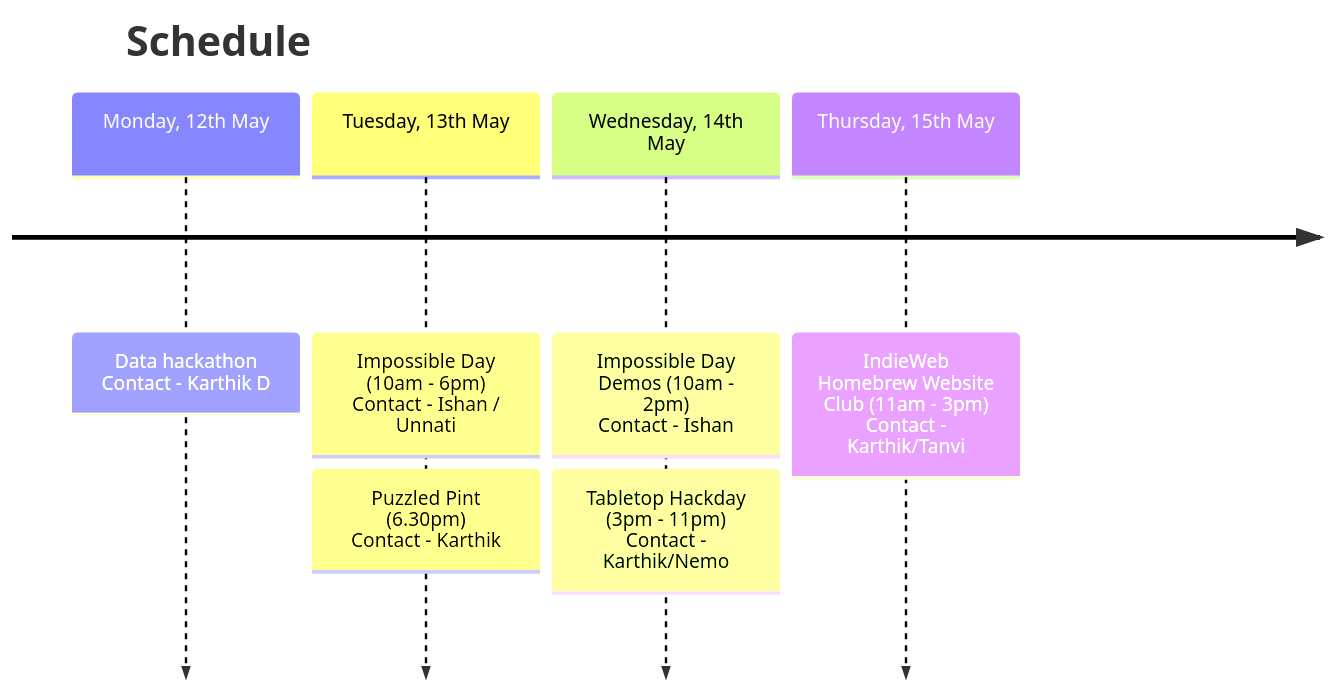
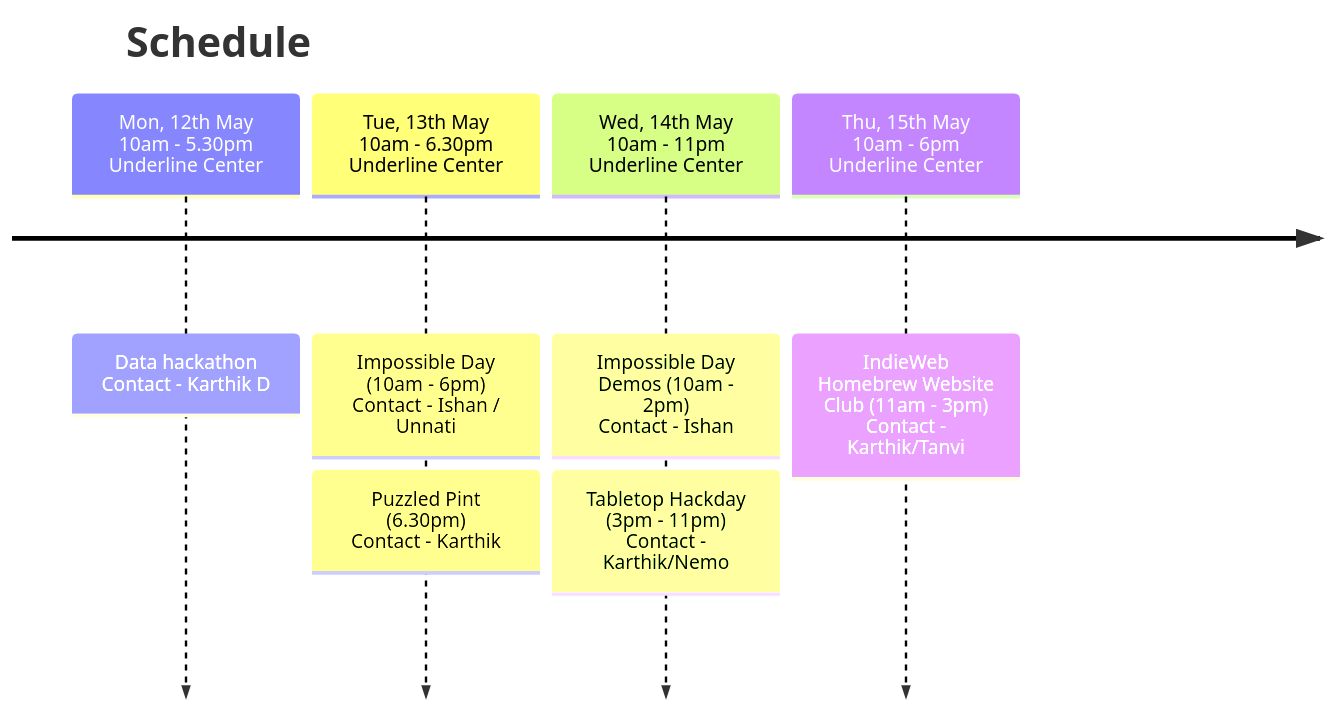
Before and after one commit to karthikb351/recurse-ngw-2025: the diagram in README.md, drawn with Mermaid.

````diff
--- a/README.md
+++ b/README.md
@@ -5,10 +5,10 @@
 ```mermaid
 timeline
     title Schedule
-    Monday, 12th May :  Data hackathon <br><br> Contact - Karthik D
-    Tuesday, 13th May : Impossible Day (10am - 6pm) <br><br> Contact - Ishan / Unnati
+    Mon, 12th May <br> 10am - 5.30pm <br> Underline Center :  Data hackathon <br><br> Contact - Karthik D
+    Tue, 13th May <br> 10am - 6.30pm <br> Underline Center : Impossible Day (10am - 6pm) <br><br> Contact - Ishan / Unnati
         : Puzzled Pint <br> (6.30pm) <br><br> Contact - Karthik
-    Wednesday, 14th May : Impossible Day Demos (10am - 2pm) <br><br> Contact - Ishan
+    Wed, 14th May <br> 10am - 11pm <br> Underline Center  : Impossible Day Demos (10am - 2pm) <br><br> Contact - Ishan
         : Tabletop Hackday (3pm - 11pm) <br><br> Contact - Karthik/Nemo
-    Thursday, 15th May : IndieWeb Homebrew Website Club (11am - 3pm) <br><br> Contact - Karthik/Tanvi
+    Thu, 15th May <br> 10am - 6pm <br> Underline Center  : IndieWeb Homebrew Website Club (11am - 3pm) <br><br> Contact - Karthik/Tanvi
 ```
````
